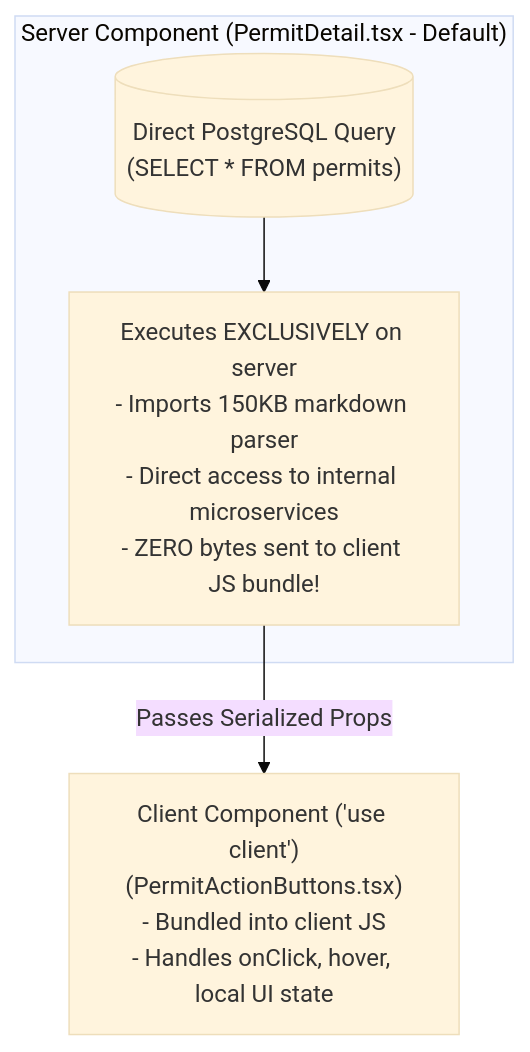
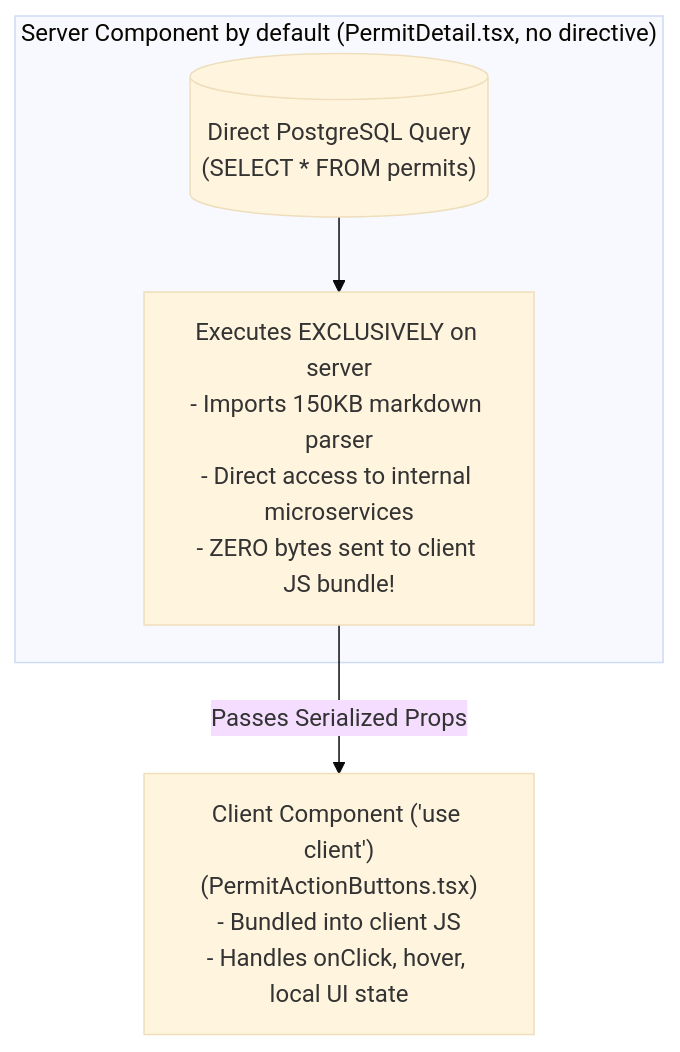
The tenth of 11 diagrams in content/book/Chapter_11_Rendering_Topologies_CSR_SSR_SSG_and_Beyond.md (polla-fattah/frontend-book), drawn with Mermaid (base theme) before and after one commit. The commit also changed other lines of this file, not shown here.

````diff
--- a/content/book/Chapter_11_Rendering_Topologies_CSR_SSR_SSG_and_Beyond.md
+++ b/content/book/Chapter_11_Rendering_Topologies_CSR_SSR_SSG_and_Beyond.md
@@ -407,8 +407,8 @@
 ```mermaid
 flowchart TD
-    subgraph ServerOnlyZone["Server Component (PermitDetail.tsx - Default)"]
+    subgraph ServerOnlyZone["Server Component by default (PermitDetail.tsx, no directive)"]
         SQL[("Direct PostgreSQL Query\n(SELECT * FROM permits)")] --> SC["Executes EXCLUSIVELY on server\n- Imports 150KB markdown parser\n- Direct access to internal microservices\n- ZERO bytes sent to client JS bundle!"]
     end
     
     SC -->|Passes Serialized Props| CC["Client Component ('use client')\n(PermitActionButtons.tsx)\n- Bundled into client JS\n- Handles onClick, hover, local UI state"]
 ```
````
